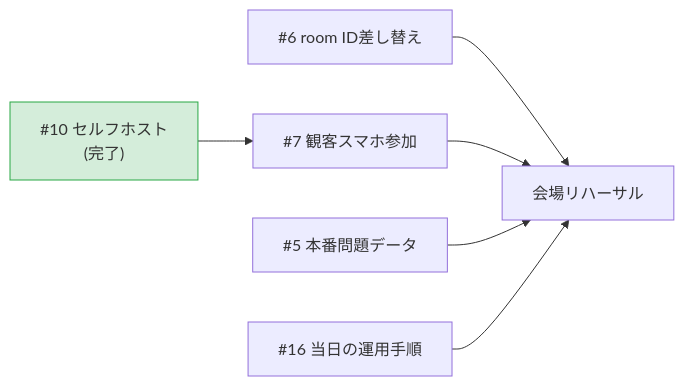
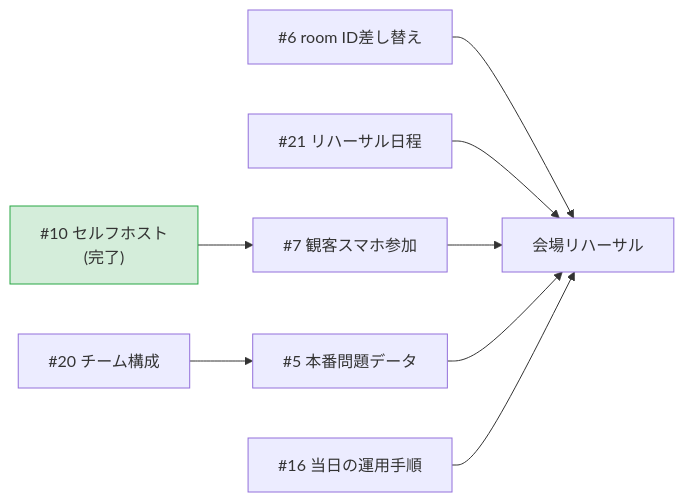
Before and after one commit to suzuka-kosen-festa/snctfes2026-suzuleague: the diagram in docs/status.md, drawn with Mermaid. The commit also changed other lines of this file, not shown here.

````diff
--- a/docs/status.md
+++ b/docs/status.md
@@ -92,9 +114,11 @@
 ```mermaid
 flowchart LR
     i10["#10 セルフホスト<br>(完了)"] --> i7["#7 観客スマホ参加"]
+    i20["#20 チーム構成"] --> i5["#5 本番問題データ"]
     i6["#6 room ID差し替え"] --> reh["会場リハーサル"]
+    i21["#21 リハーサル日程"] --> reh
     i7 --> reh
-    i5["#5 本番問題データ"] --> reh
+    i5 --> reh
     i16["#16 当日の運用手順"] --> reh
     style i10 fill:#d4edda,stroke:#28a745
 ```
````
